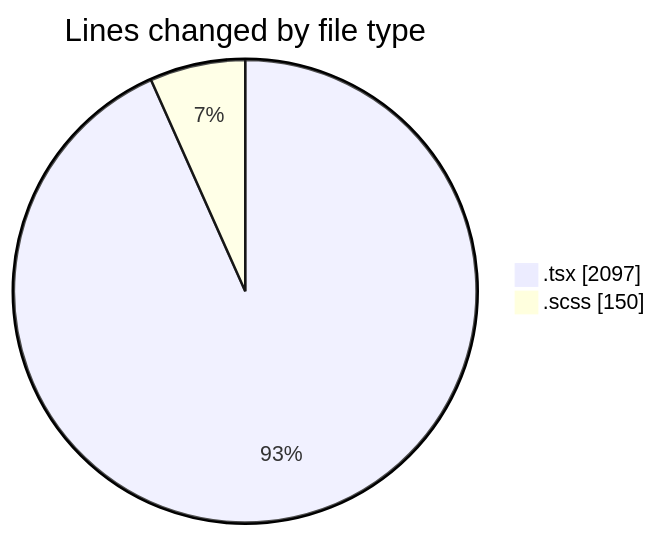
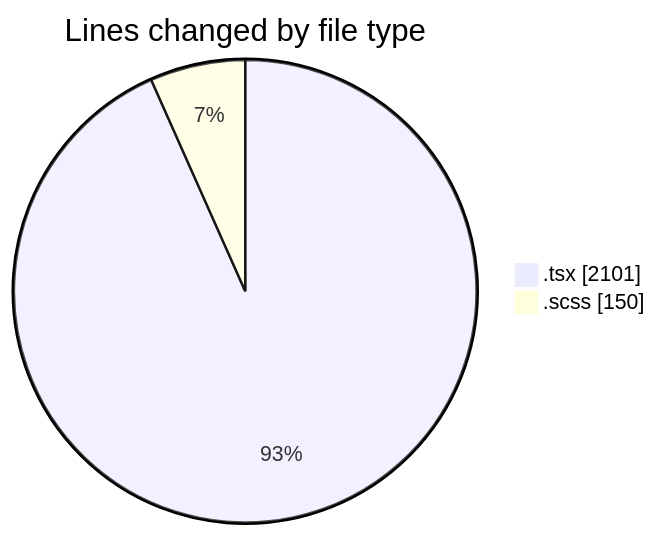
Before and after one commit to momahboobian/code-tracking: the first of 2 diagrams in 2026-10-20/cda/README.md, drawn with Mermaid. The commit also changed other lines of this file and 1 other file, not shown here.

````diff
--- a/2026-10-20/cda/README.md
+++ b/2026-10-20/cda/README.md
@@ -28,6 +28,6 @@
 ```mermaid
 pie showData
 title Lines changed by file type
-".tsx" : 2097
+".tsx" : 2101
 ".scss" : 150
 ```
````
